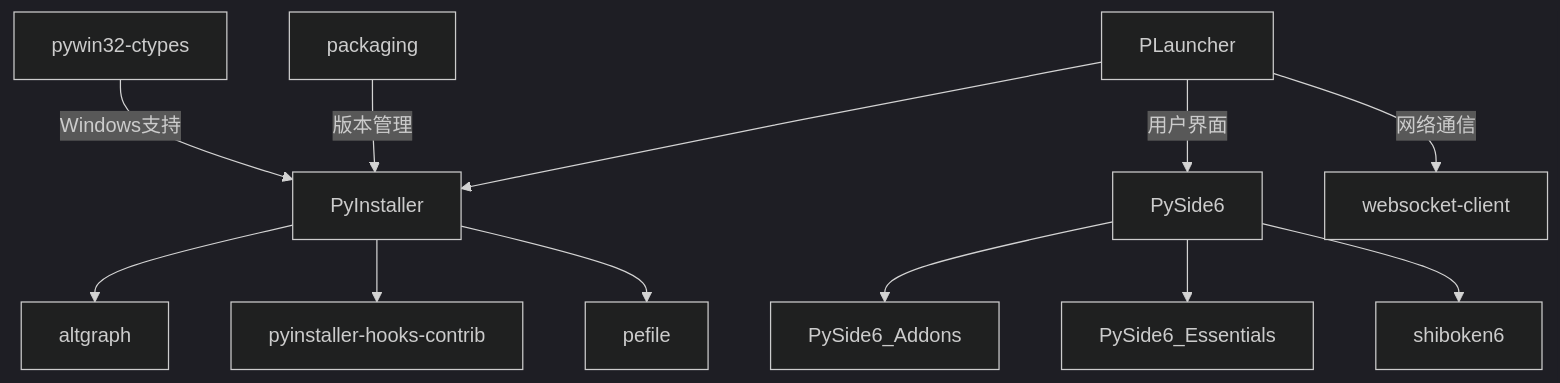
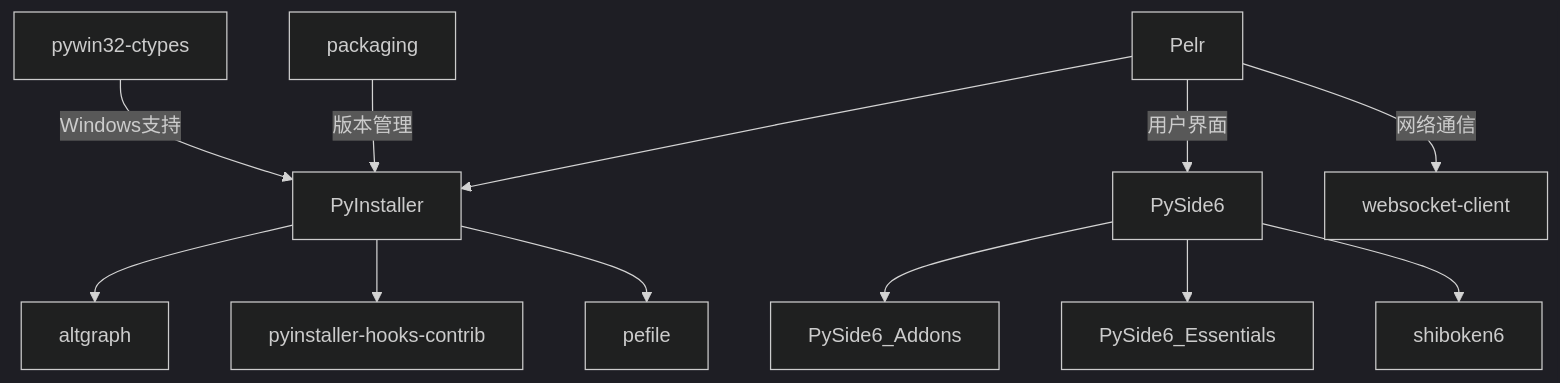
One commit to csy214-beep/Pelr changed the diagram in docs/Python-工具链.md. Above: the diagram before and after it, drawn with Mermaid (dark theme). The commit also changed other lines of this file and 92 other files, not shown here.

Commit message:
refactor: rename project Plauncher to Pelr

````diff
--- a/docs/Python-工具链.md
+++ b/docs/Python-工具链.md
@@ -86,14 +86,14 @@
 ```mermaid
 graph TD
-    PLauncher --> PyInstaller
+    Pelr --> PyInstaller
     PyInstaller --> altgraph
     PyInstaller --> pyinstaller-hooks-contrib
     PyInstaller --> pefile
     pywin32-ctypes -->|Windows支持| PyInstaller
     packaging -->|版本管理| PyInstaller
-    PLauncher -->|用户界面| PySide6
+    Pelr -->|用户界面| PySide6
     PySide6 --> PySide6_Addons
     PySide6 --> PySide6_Essentials
     PySide6 --> shiboken6
-    PLauncher -->|网络通信| websocket-client
+    Pelr -->|网络通信| websocket-client
 ```
````
